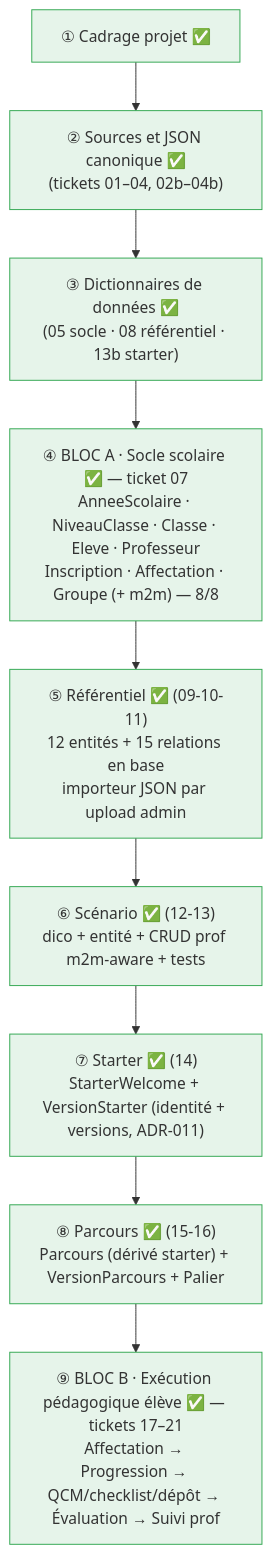
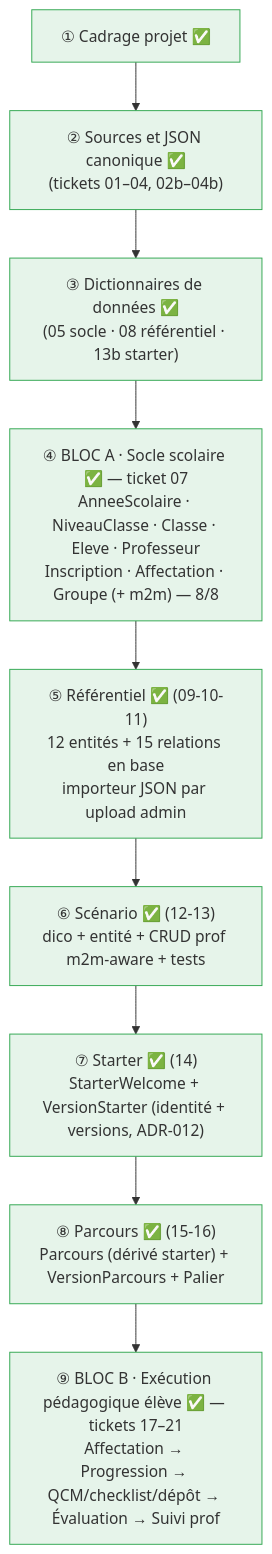
Before and after one commit to caucrogeGit/ReferenCiel-Manager: the diagram in docs/journal-de-progression.md, drawn with Mermaid. The commit also changed other lines of this file and 84 other files, not shown here.

````diff
--- a/docs/journal-de-progression.md
+++ b/docs/journal-de-progression.md
@@ -796,17 +796,17 @@
 ```mermaid
 flowchart TD
     A["① Cadrage projet ✅"]
     B["② Sources et JSON canonique ✅<br/>(tickets 01–04, 02b–04b)"]
     C["③ Dictionnaires de données ✅<br/>(05 socle · 08 référentiel · 13b starter)"]
     D["④ BLOC A · Socle scolaire ✅ — ticket 07<br/>AnneeScolaire · NiveauClasse · Classe · Eleve · Professeur<br/>Inscription · Affectation · Groupe (+ m2m) — 8/8"]
     E["⑤ Référentiel ✅ (09-10-11)<br/>12 entités + 15 relations en base<br/>importeur JSON par upload admin"]
     F["⑥ Scénario ✅ (12-13)<br/>dico + entité + CRUD prof m2m-aware + tests"]
-    G["⑦ Starter ✅ (14)<br/>StarterWelcome + VersionStarter (identité + versions, ADR-011)"]
+    G["⑦ Starter ✅ (14)<br/>StarterWelcome + VersionStarter (identité + versions, ADR-012)"]
     H["⑧ Parcours ✅ (15-16)<br/>Parcours (dérivé starter) + VersionParcours + Palier"]
     I["⑨ BLOC B · Exécution pédagogique élève ✅ — tickets 17–21<br/>Affectation → Progression → QCM/checklist/dépôt → Évaluation → Suivi prof"]
     A --> B --> C --> D --> E --> F --> G --> H --> I
     classDef done fill:#e6f4ea,stroke:#34a853;
     classDef current fill:#fff4e5,stroke:#f9a825,stroke-width:3px;
     classDef todo fill:#f1f3f4,stroke:#9aa0a6;
     class A,B,C,D,E,F,G,H,I done
 ```
````
